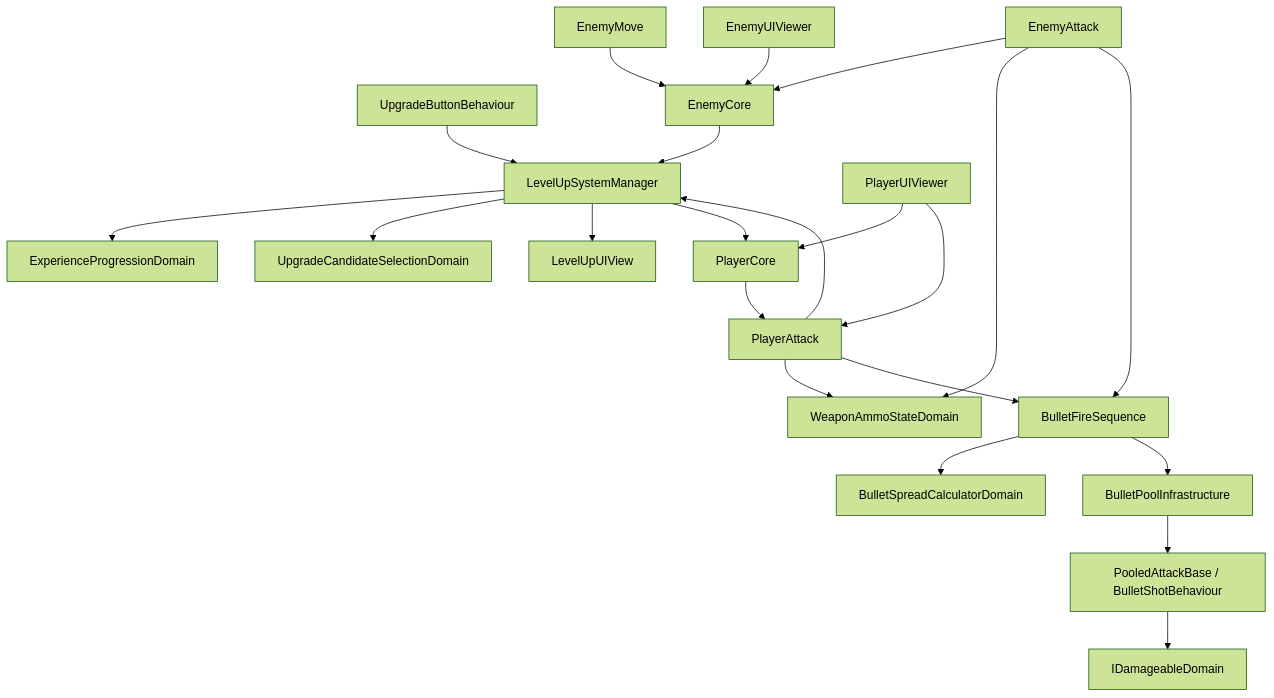
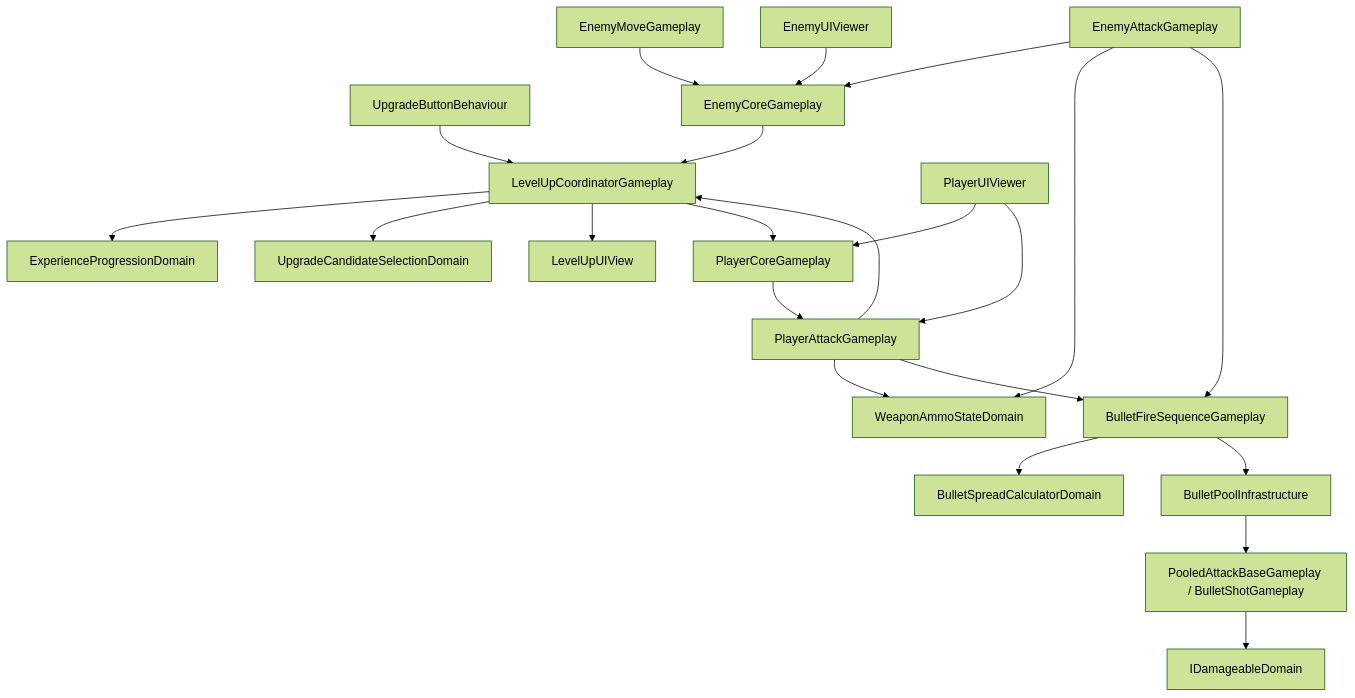
The diagram in docs/specs/gameplay-architecture.md (AoiTomiyama/kojinProjectFeb3D), drawn with Mermaid (forest theme) before and after one commit. The commit also changed other lines of this file and 43 other files, not shown here.

````diff
--- a/docs/specs/gameplay-architecture.md
+++ b/docs/specs/gameplay-architecture.md
@@ -28,24 +28,24 @@
 ```mermaid
 flowchart TD
-    Button[UpgradeButtonBehaviour] --> Manager[LevelUpSystemManager]
-    Enemy[EnemyCore] --> Manager
+    Button[UpgradeButtonBehaviour] --> Manager[LevelUpCoordinatorGameplay]
+    Enemy[EnemyCoreGameplay] --> Manager
     Manager --> Progress[ExperienceProgressionDomain]
     Manager --> Selection[UpgradeCandidateSelectionDomain]
     Manager --> View[LevelUpUIView]
-    Manager --> Player[PlayerCore]
-    Player --> Attack[PlayerAttack]
+    Manager --> Player[PlayerCoreGameplay]
+    Player --> Attack[PlayerAttackGameplay]
     Attack --> Manager
-    EnemyAttack[EnemyAttack] --> Enemy
-    EnemyAttack --> Ammo
-    EnemyAttack --> Fire
-    EnemyMove[EnemyMove] --> Enemy
+    EnemyAttackGameplay[EnemyAttackGameplay] --> Enemy
+    EnemyAttackGameplay --> Ammo
+    EnemyAttackGameplay --> Fire
+    EnemyMoveGameplay[EnemyMoveGameplay] --> Enemy
     Attack --> Ammo[WeaponAmmoStateDomain]
-    Attack --> Fire[BulletFireSequence]
+    Attack --> Fire[BulletFireSequenceGameplay]
     Fire --> Spread[BulletSpreadCalculatorDomain]
     Fire --> Pool[BulletPoolInfrastructure]
-    Pool --> Bullet[PooledAttackBase / BulletShotBehaviour]
+    Pool --> Bullet[PooledAttackBaseGameplay / BulletShotGameplay]
     PlayerUI[PlayerUIViewer] --> Player
     PlayerUI --> Attack
     EnemyUI[EnemyUIViewer] --> Enemy
     Bullet --> Damage[IDamageableDomain]
 ```
````
